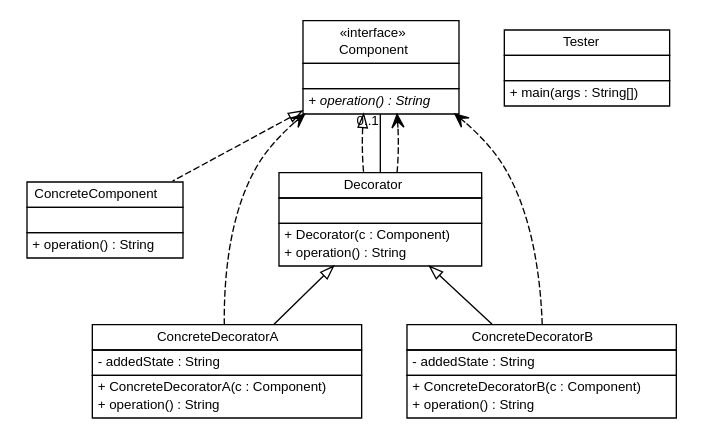
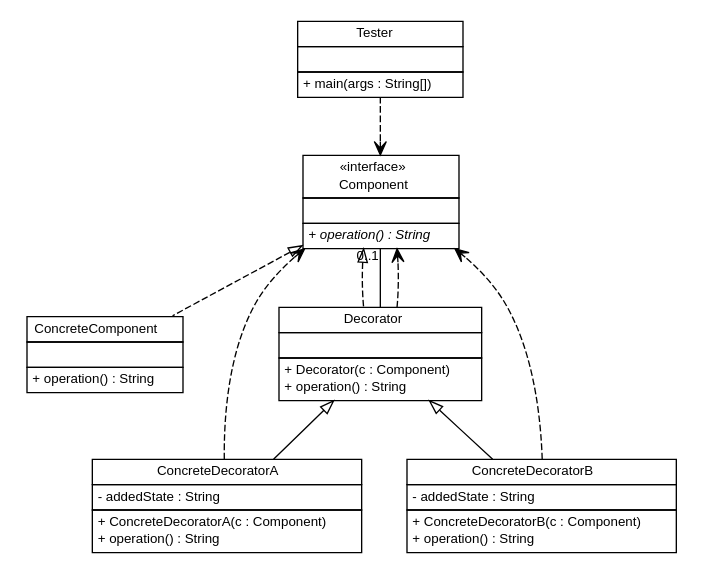
One commit to binoymichael/cmpe202-uml-parser changed the diagram in output/example5.dot. Above: the diagram before and after it, drawn with Graphviz. The commit also changed 14 other files, not shown here.

```diff
--- a/output/example5.dot
+++ b/output/example5.dot
@@ -1,104 +1,106 @@
 #!/usr/local/bin/dot
 #
 # Class diagram 
 # Generated by UMLGraph version R5_7_2-23-gd0ede4 (http://www.spinellis.gr/umlgraph/)
 #
 
 digraph G {
 	edge [fontname="Helvetica",fontsize=10,labelfontname="Helvetica",labelfontsize=10];
 	node [fontname="Helvetica",fontsize=10,shape=plaintext];
 	nodesep=0.25;
 	ranksep=0.5;
 	// Component
 	c0 [label=<<table title="Component" border="0" cellborder="1" cellspacing="0" cellpadding="2" port="p">
 		<tr><td><table border="0" cellspacing="0" cellpadding="1">
 <tr><td align="center" balign="center"> &#171;interface&#187; </td></tr>
 <tr><td align="center" balign="center"> Component </td></tr>
 		</table></td></tr>
 		<tr><td><table border="0" cellspacing="0" cellpadding="1">
 <tr><td align="left" balign="left">  </td></tr>
 		</table></td></tr>
 		<tr><td><table border="0" cellspacing="0" cellpadding="1">
 <tr><td align="left" balign="left"><font face="Helvetica-Oblique" point-size="10.0"> + operation() : String </font></td></tr>
 		</table></td></tr>
 		</table>>, URL="null", fontname="Helvetica", fontcolor="black", fontsize=10.0];
 	// ConcreteComponent
 	c1 [label=<<table title="ConcreteComponent" border="0" cellborder="1" cellspacing="0" cellpadding="2" port="p">
 		<tr><td><table border="0" cellspacing="0" cellpadding="1">
 <tr><td align="center" balign="center"> ConcreteComponent </td></tr>
 		</table></td></tr>
 		<tr><td><table border="0" cellspacing="0" cellpadding="1">
 <tr><td align="left" balign="left">  </td></tr>
 		</table></td></tr>
 		<tr><td><table border="0" cellspacing="0" cellpadding="1">
 <tr><td align="left" balign="left"> + operation() : String </td></tr>
 		</table></td></tr>
 		</table>>, URL="null", fontname="Helvetica", fontcolor="black", fontsize=10.0];
 	// ConcreteDecoratorA
 	c2 [label=<<table title="ConcreteDecoratorA" border="0" cellborder="1" cellspacing="0" cellpadding="2" port="p">
 		<tr><td><table border="0" cellspacing="0" cellpadding="1">
 <tr><td align="center" balign="center"> ConcreteDecoratorA </td></tr>
 		</table></td></tr>
 		<tr><td><table border="0" cellspacing="0" cellpadding="1">
 <tr><td align="left" balign="left"> - addedState : String </td></tr>
 		</table></td></tr>
 		<tr><td><table border="0" cellspacing="0" cellpadding="1">
 <tr><td align="left" balign="left"> + ConcreteDecoratorA(c : Component) </td></tr>
 <tr><td align="left" balign="left"> + operation() : String </td></tr>
 		</table></td></tr>
 		</table>>, URL="null", fontname="Helvetica", fontcolor="black", fontsize=10.0];
 	// ConcreteDecoratorB
 	c3 [label=<<table title="ConcreteDecoratorB" border="0" cellborder="1" cellspacing="0" cellpadding="2" port="p">
 		<tr><td><table border="0" cellspacing="0" cellpadding="1">
 <tr><td align="center" balign="center"> ConcreteDecoratorB </td></tr>
 		</table></td></tr>
 		<tr><td><table border="0" cellspacing="0" cellpadding="1">
 <tr><td align="left" balign="left"> - addedState : String </td></tr>
 		</table></td></tr>
 		<tr><td><table border="0" cellspacing="0" cellpadding="1">
 <tr><td align="left" balign="left"> + ConcreteDecoratorB(c : Component) </td></tr>
 <tr><td align="left" balign="left"> + operation() : String </td></tr>
 		</table></td></tr>
 		</table>>, URL="null", fontname="Helvetica", fontcolor="black", fontsize=10.0];
 	// Decorator
 	c4 [label=<<table title="Decorator" border="0" cellborder="1" cellspacing="0" cellpadding="2" port="p">
 		<tr><td><table border="0" cellspacing="0" cellpadding="1">
 <tr><td align="center" balign="center"> Decorator </td></tr>
 		</table></td></tr>
 		<tr><td><table border="0" cellspacing="0" cellpadding="1">
 <tr><td align="left" balign="left">  </td></tr>
 		</table></td></tr>
 		<tr><td><table border="0" cellspacing="0" cellpadding="1">
 <tr><td align="left" balign="left"> + Decorator(c : Component) </td></tr>
 <tr><td align="left" balign="left"> + operation() : String </td></tr>
 		</table></td></tr>
 		</table>>, URL="null", fontname="Helvetica", fontcolor="black", fontsize=10.0];
 	// Tester
 	c5 [label=<<table title="Tester" border="0" cellborder="1" cellspacing="0" cellpadding="2" port="p">
 		<tr><td><table border="0" cellspacing="0" cellpadding="1">
 <tr><td align="center" balign="center"> Tester </td></tr>
 		</table></td></tr>
 		<tr><td><table border="0" cellspacing="0" cellpadding="1">
 <tr><td align="left" balign="left">  </td></tr>
 		</table></td></tr>
 		<tr><td><table border="0" cellspacing="0" cellpadding="1">
 <tr><td align="left" balign="left"> + main(args : String[]) </td></tr>
 		</table></td></tr>
 		</table>>, URL="null", fontname="Helvetica", fontcolor="black", fontsize=10.0];
 	//ConcreteComponent implements Component
 	c0:p -> c1:p [dir=back,arrowtail=empty,style=dashed];
 	//ConcreteDecoratorA extends Decorator
 	c4:p -> c2:p [dir=back,arrowtail=empty];
 	// ConcreteDecoratorA DEPEND Component
 	c2:p -> c0:p [taillabel="", label="", headlabel="", fontname="Helvetica", fontcolor="black", fontsize=10.0, color="black", arrowhead=open, style=dashed];
 	//ConcreteDecoratorB extends Decorator
 	c4:p -> c3:p [dir=back,arrowtail=empty];
 	// ConcreteDecoratorB DEPEND Component
 	c3:p -> c0:p [taillabel="", label="", headlabel="", fontname="Helvetica", fontcolor="black", fontsize=10.0, color="black", arrowhead=open, style=dashed];
 	//Decorator implements Component
 	c0:p -> c4:p [dir=back,arrowtail=empty,style=dashed];
 	// Decorator ASSOC Component
 	c4:p -> c0:p [taillabel="", label="", headlabel="0..1", fontname="Helvetica", fontcolor="black", fontsize=10.0, color="black", arrowhead=none];
 	// Decorator DEPEND Component
 	c4:p -> c0:p [taillabel="", label="", headlabel="", fontname="Helvetica", fontcolor="black", fontsize=10.0, color="black", arrowhead=open, style=dashed];
+	// Tester DEPEND Component
+	c5:p -> c0:p [taillabel="", label="", headlabel="", fontname="Helvetica", fontcolor="black", fontsize=10.0, color="black", arrowhead=open, style=dashed];
 }
```
